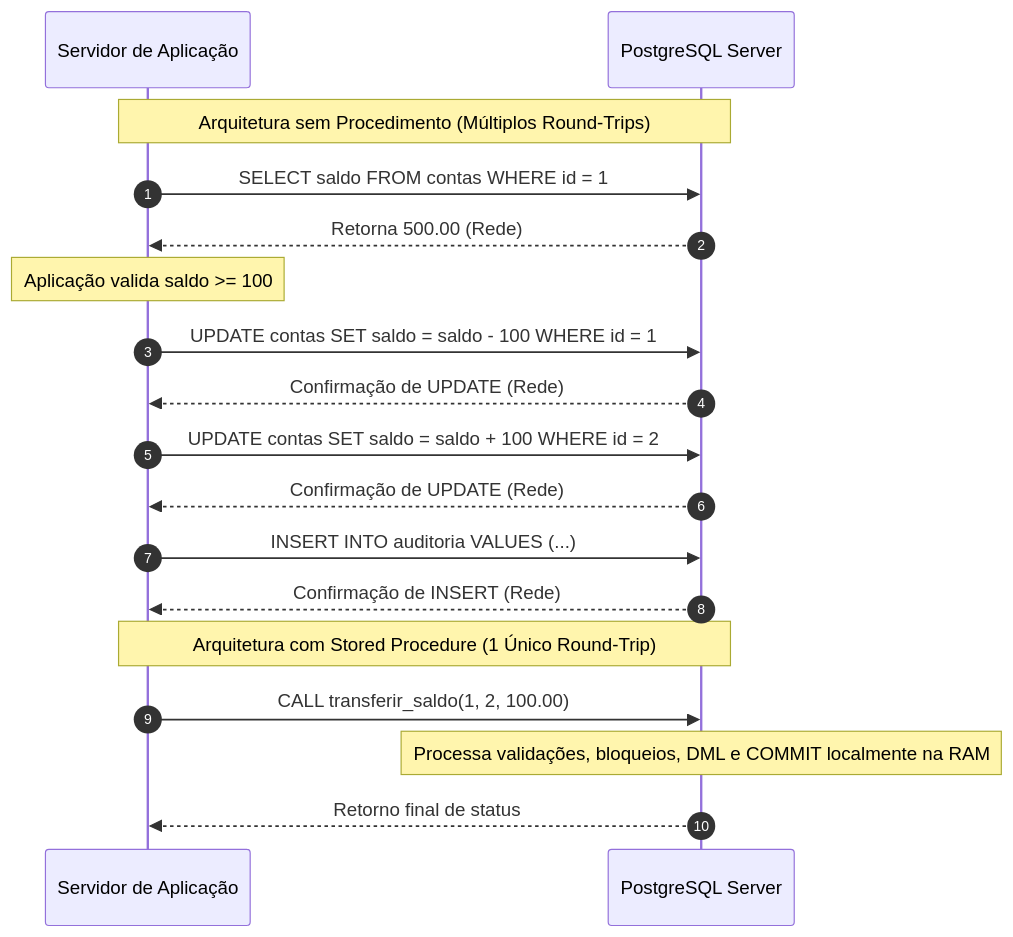
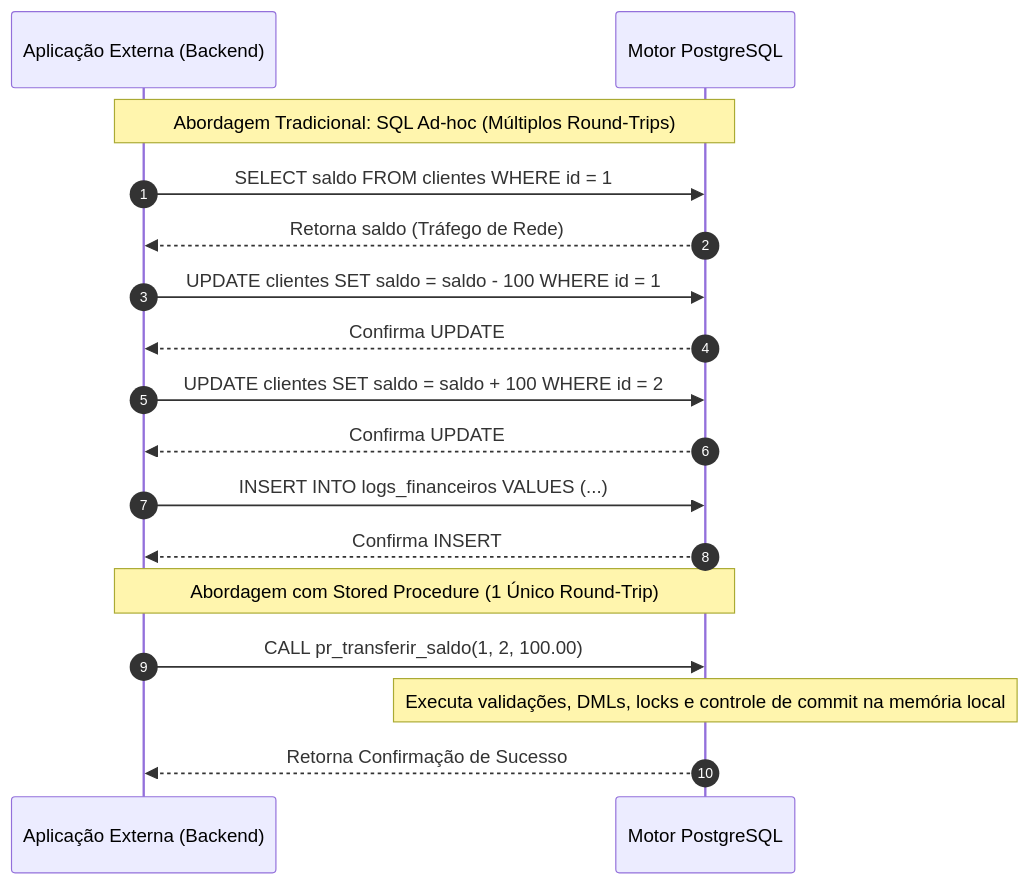
One commit to murilolol/unifef changed the ninth of 13 diagrams in 4º Semestre/[Prof. Welington Garcia] Tópicos Avançados em Banco de Dados/Resumos-IA/Caderno-Consolidado.md. Above: the diagram before and after it, drawn with Mermaid. The commit also changed other lines of this file and 58 other files, not shown here.

````diff
--- a/4º Semestre/[Prof. Welington Garcia] Tópicos Avançados em Banco de Dados/Resumos-IA/Caderno-Consolidado.md
+++ b/4º Semestre/[Prof. Welington Garcia] Tópicos Avançados em Banco de Dados/Resumos-IA/Caderno-Consolidado.md
@@ -530,22 +847,21 @@
 ```mermaid
 sequenceDiagram
-    autonumber
-    participant App as Servidor de Aplicação
-    participant DB as PostgreSQL Server
+  autonumber
+  participant APP as Aplicação Externa (Backend)
+  participant DB as Motor PostgreSQL
 
-    Note over App,DB: Arquitetura sem Procedimento (Múltiplos Round-Trips)
-    App->>DB: SELECT saldo FROM contas WHERE id = 1
-    DB-->>App: Retorna 500.00 (Rede)
-    Note over App: Aplicação valida saldo >= 100
-    App->>DB: UPDATE contas SET saldo = saldo - 100 WHERE id = 1
-    DB-->>App: Confirmação de UPDATE (Rede)
-    App->>DB: UPDATE contas SET saldo = saldo + 100 WHERE id = 2
-    DB-->>App: Confirmação de UPDATE (Rede)
-    App->>DB: INSERT INTO auditoria VALUES (...)
-    DB-->>App: Confirmação de INSERT (Rede)
+  Note over APP,DB: Abordagem Tradicional: SQL Ad-hoc (Múltiplos Round-Trips)
+  APP->>DB: SELECT saldo FROM clientes WHERE id = 1
+  DB-->>APP: Retorna saldo (Tráfego de Rede)
+  APP->>DB: UPDATE clientes SET saldo = saldo - 100 WHERE id = 1
+  DB-->>APP: Confirma UPDATE
+  APP->>DB: UPDATE clientes SET saldo = saldo + 100 WHERE id = 2
+  DB-->>APP: Confirma UPDATE
+  APP->>DB: INSERT INTO logs_financeiros VALUES (...)
+  DB-->>APP: Confirma INSERT
 
-    Note over App,DB: Arquitetura com Stored Procedure (1 Único Round-Trip)
-    App->>DB: CALL transferir_saldo(1, 2, 100.00)
-    Note over DB: Processa validações, bloqueios, DML e COMMIT localmente na RAM
-    DB-->>App: Retorno final de status
+  Note over APP,DB: Abordagem com Stored Procedure (1 Único Round-Trip)
+  APP->>DB: CALL pr_transferir_saldo(1, 2, 100.00)
+  Note over DB: Executa validações, DMLs, locks e controle de commit na memória local
+  DB-->>APP: Retorna Confirmação de Sucesso
 ```
````
